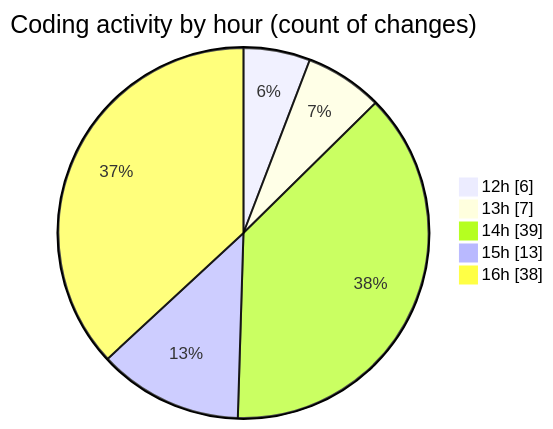
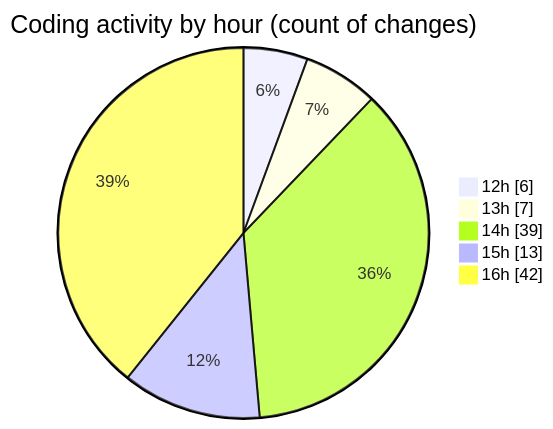
Before and after one commit to nxtqubesakshisongat/code-tracking: the second of 2 diagrams in 2025-05-26/nxtqube_webapp/README.md, drawn with Mermaid. The commit also changed other lines of this file and 1 other file, not shown here.

````diff
--- a/2025-05-26/nxtqube_webapp/README.md
+++ b/2025-05-26/nxtqube_webapp/README.md
@@ -30,9 +30,9 @@
 ```mermaid
 pie showData
 title Coding activity by hour (count of changes)
 "12h" : 6
 "13h" : 7
 "14h" : 39
 "15h" : 13
-"16h" : 38
+"16h" : 42
 ```
````
